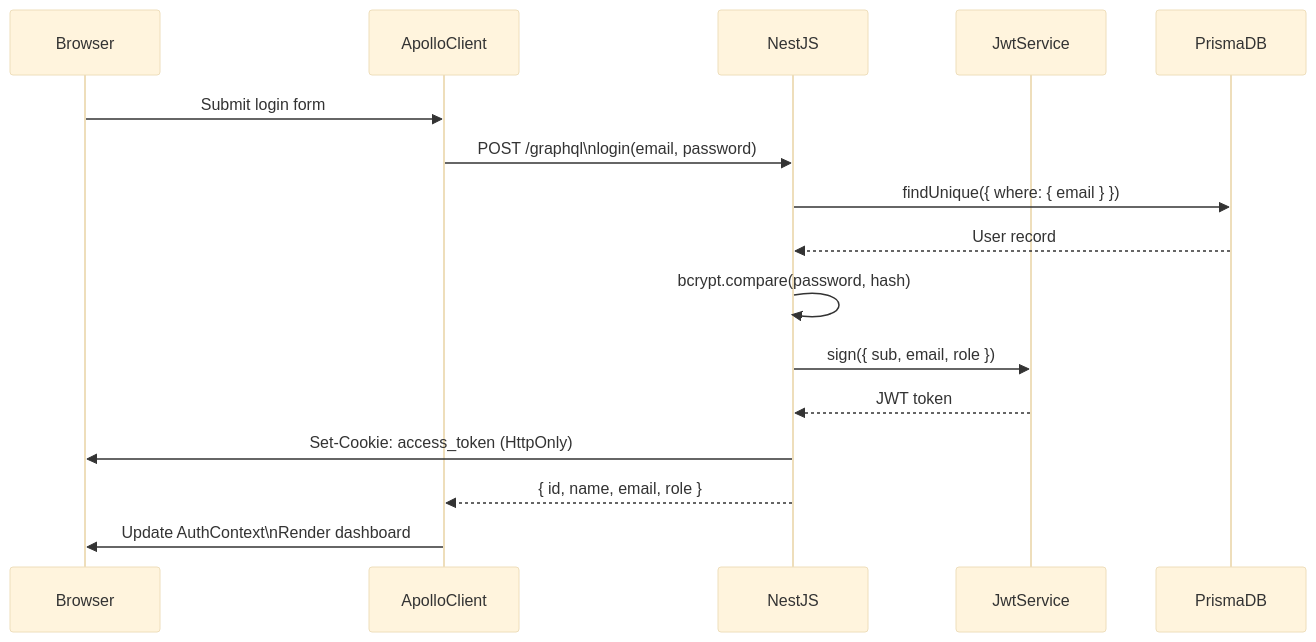
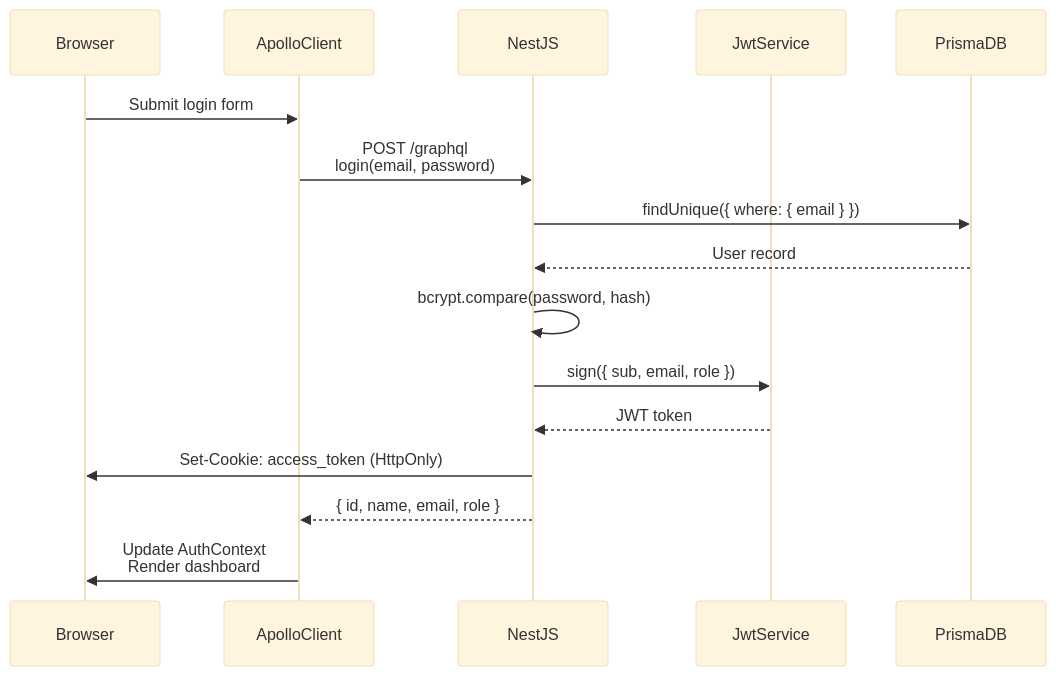
The diagram in docs/flow-login.md (Eunice-Amirtharajan/quote-iq), drawn with Mermaid (base theme) before and after one commit. The commit also changed 3 other files, not shown here.

Commit message:
fix Mermaid line breaks and CICD flow diagram update

````diff
--- a/docs/flow-login.md
+++ b/docs/flow-login.md
@@ -3,19 +3,19 @@
 ```mermaid
 sequenceDiagram
     participant Browser
     participant ApolloClient
     participant NestJS
     participant JwtService
     participant PrismaDB
 
     Browser->>ApolloClient: Submit login form
-    ApolloClient->>NestJS: POST /graphql\nlogin(email, password)
+    ApolloClient->>NestJS: POST /graphql<br/>login(email, password)
     NestJS->>PrismaDB: findUnique({ where: { email } })
     PrismaDB-->>NestJS: User record
     NestJS->>NestJS: bcrypt.compare(password, hash)
     NestJS->>JwtService: sign({ sub, email, role })
     JwtService-->>NestJS: JWT token
     NestJS->>Browser: Set-Cookie: access_token (HttpOnly)
     NestJS-->>ApolloClient: { id, name, email, role }
-    ApolloClient->>Browser: Update AuthContext\nRender dashboard
+    ApolloClient->>Browser: Update AuthContext<br/>Render dashboard
 ```
````
